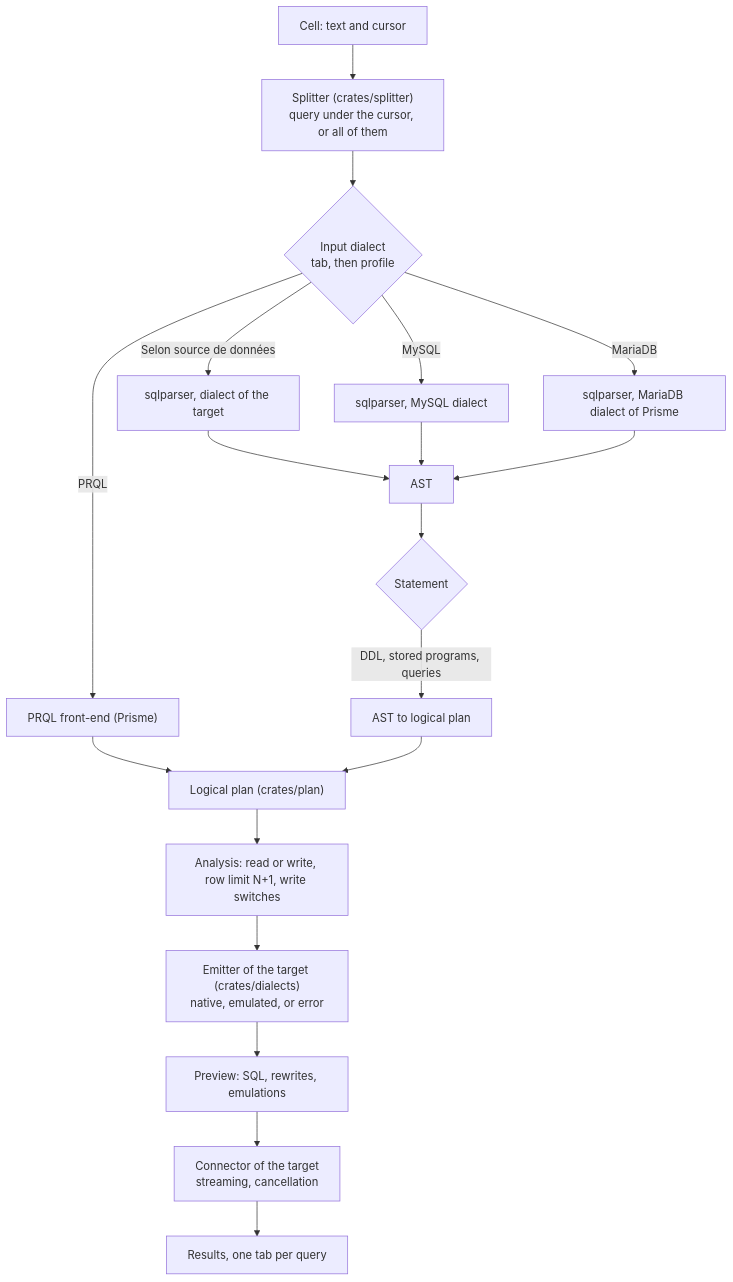
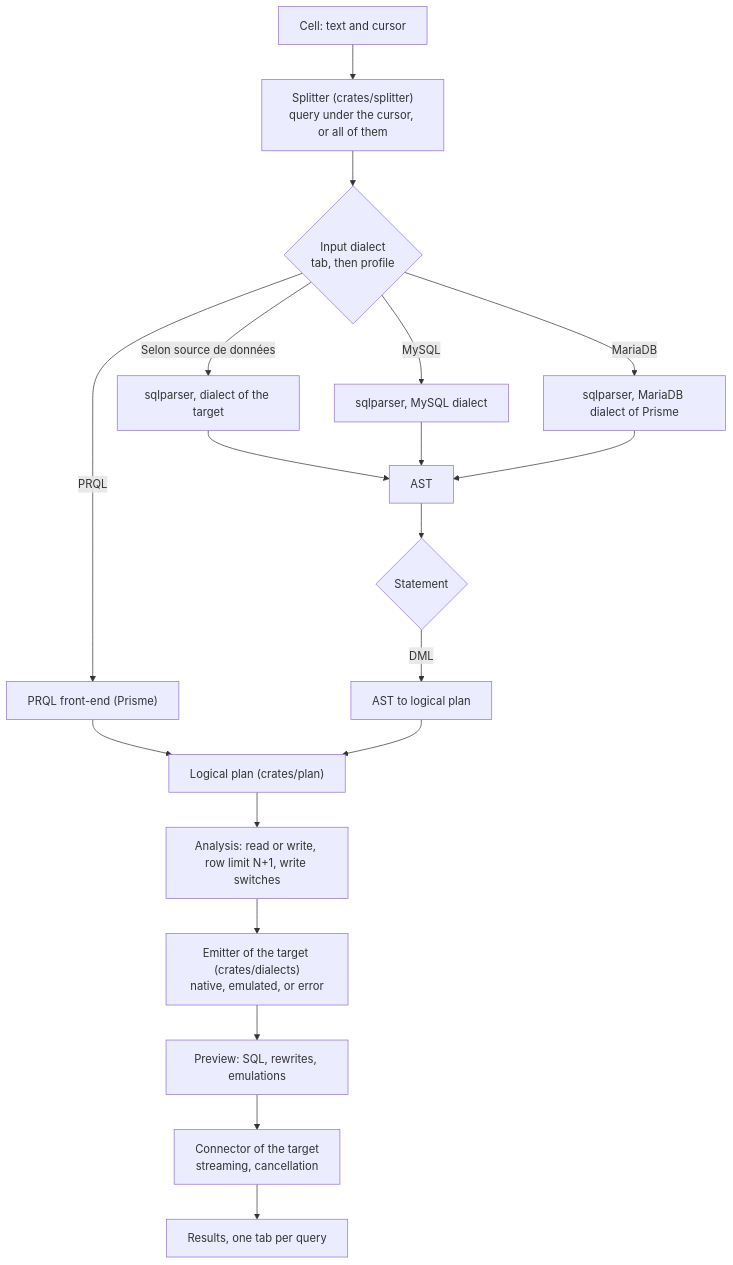
One commit to sfaut/prisme changed the diagram in docs/V1.md. Above: the diagram before and after it, drawn with Mermaid. The commit also changed other lines of this file and 1 other file, not shown here.

Commit message:
Limit the v1 plan to DML and set DDL aside

````diff
--- a/docs/V1.md
+++ b/docs/V1.md
@@ -160,21 +161,21 @@
 ```mermaid
 flowchart TD
     A["Cell: text and cursor"] --> B["Splitter (crates/splitter)<br/>query under the cursor, or all of them"]
     B --> C{"Input dialect<br/>tab, then profile"}
     C -->|"Selon source de données"| D["sqlparser, dialect of the target"]
     C -->|"MySQL"| E["sqlparser, MySQL dialect"]
     C -->|"MariaDB"| F["sqlparser, MariaDB dialect of Prisme"]
     C -->|"PRQL"| G["PRQL front-end (Prisme)"]
     D --> H["AST"]
     E --> H
     F --> H
     H --> I{"Statement"}
-    I -->|"DDL, stored programs, queries"| K["AST to logical plan"]
+    I -->|"DML"| K["AST to logical plan"]
     G --> L["Logical plan (crates/plan)"]
     K --> L
     L --> M["Analysis: read or write, row limit N+1, write switches"]
     M --> P["Emitter of the target (crates/dialects)<br/>native, emulated, or error"]
     P --> Q["Preview: SQL, rewrites, emulations"]
     Q --> R["Connector of the target<br/>streaming, cancellation"]
     R --> S["Results, one tab per query"]
 ```
````
